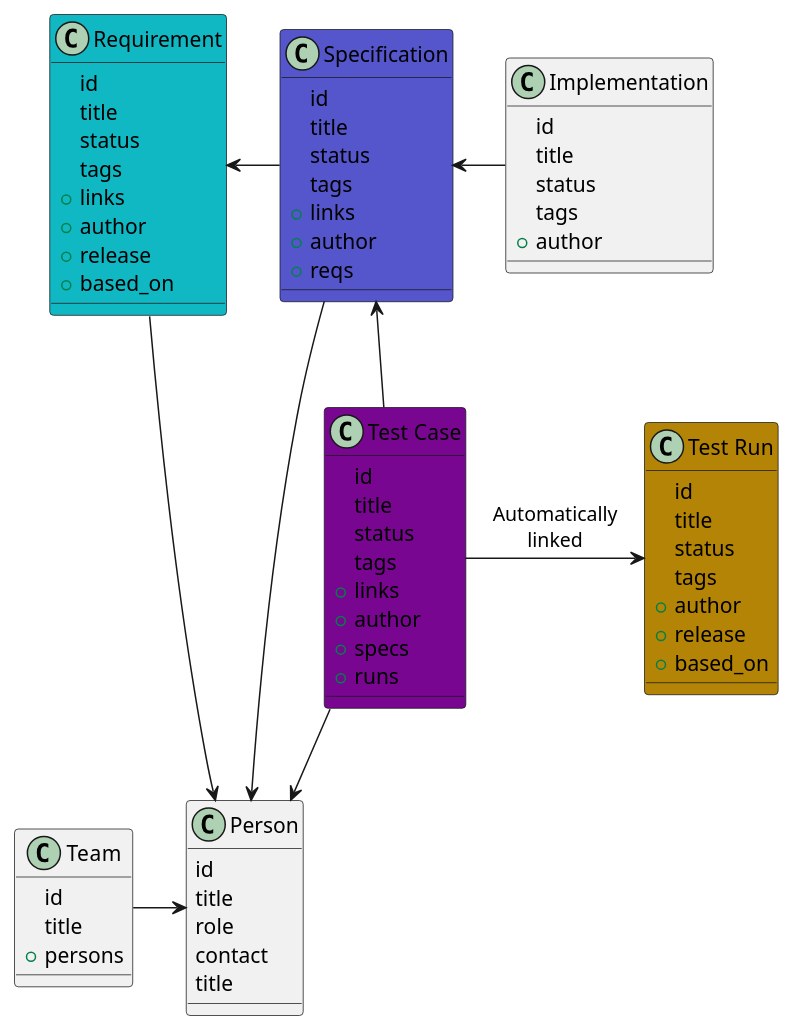
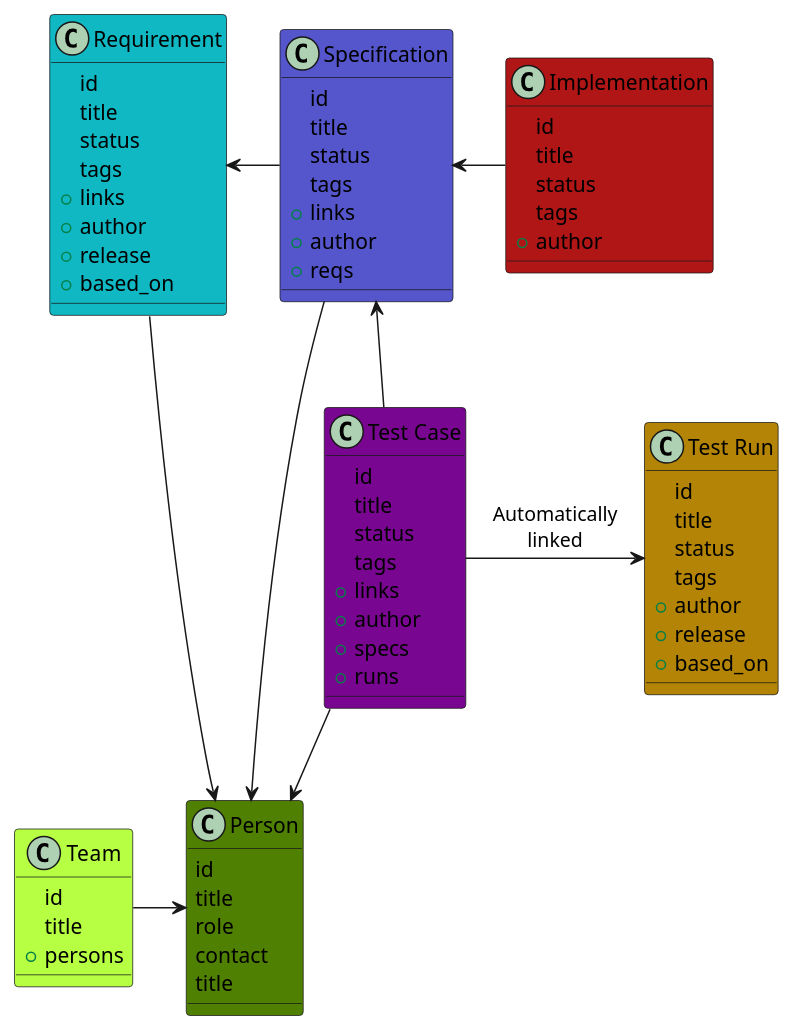
One commit to useblocks/sphinx-needs-demo changed the diagram in docs/index.rst. Above: the diagram before and after it, drawn with PlantUML. The commit also changed other lines of this file and 14 other files, not shown here.

```diff
--- a/docs/index.rst
+++ b/docs/index.rst
@@ -47,12 +47,12 @@
 
    @startuml
    
-   class "Team" as team {
+   class "Team" as team #b7ff43 {
       id
       title
       + persons
    }
-   class "Person" as person {
+   class "Person" as person #508002 {
       id
       title
       role
@@ -104,7 +104,7 @@
       +based_on
    }
 
-   class "Implementation" as impl {
+   class "Implementation" as impl #b11616  {
       id
       title
       status
```
